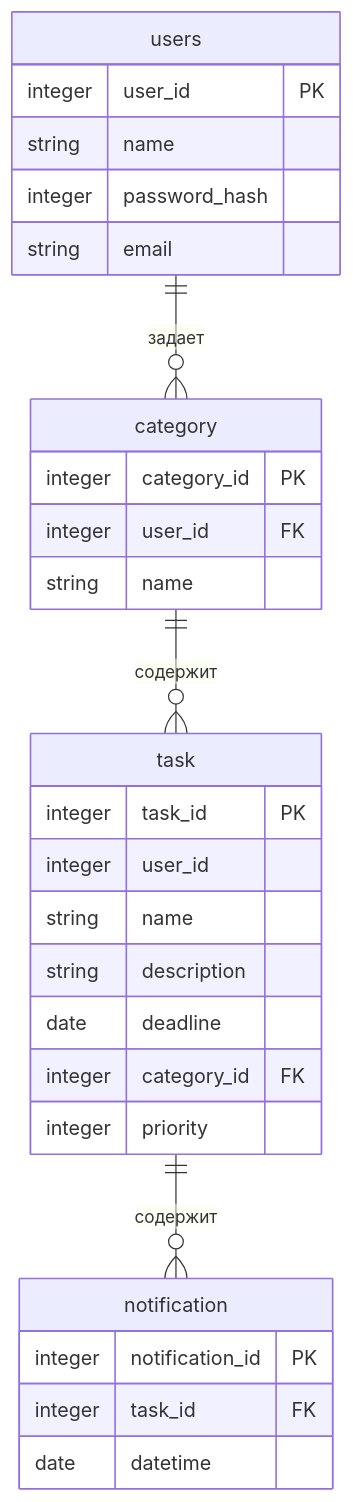
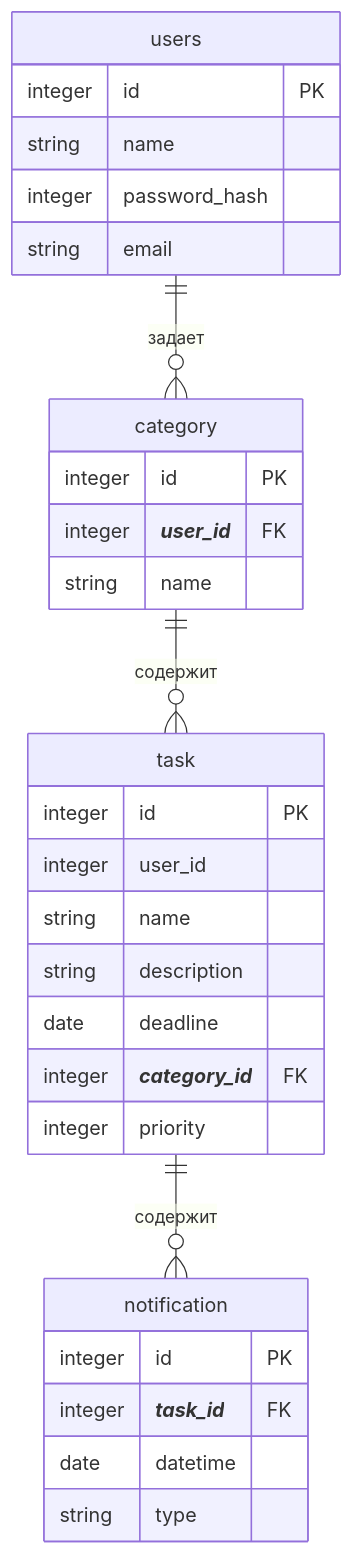
Before and after one commit to hse-perm-sandbox/study-track-docs: the diagram in db/er-diagram.md, drawn with Mermaid. The commit also changed 2 other files, not shown here.

Commit message:
Исправил диаграммы контеста и данных

````diff
--- a/db/er-diagram.md
+++ b/db/er-diagram.md
@@ -3,37 +3,38 @@
 ```mermaid
 erDiagram
     users {
-        integer user_id PK
+        integer id PK
         string name
         integer password_hash
         string email
     }
 
     category {
-        integer category_id PK
-        integer user_id FK
+        integer id PK
+        integer ***user_id*** FK
         string name
     }
 
     task {
-        integer task_id PK
-        integer user_id 
+        integer id PK
+        integer user_id
         string name
         string description
         date deadline
-        integer category_id FK
+        integer ***category_id*** FK
         integer priority
     }
 
     notification {
-        integer notification_id PK
-        integer task_id FK
+        integer id PK
+        integer ***task_id*** FK
         date datetime
+        string type
     }
 
 
     users ||--o{ category : "задает"
     category ||--o{ task : "содержит"
     task ||--o{ notification : "содержит"
-
+    
 ```
````
